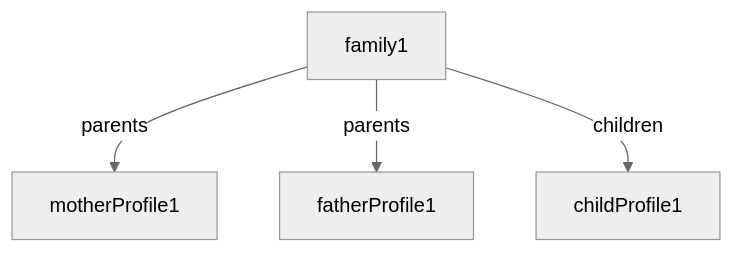
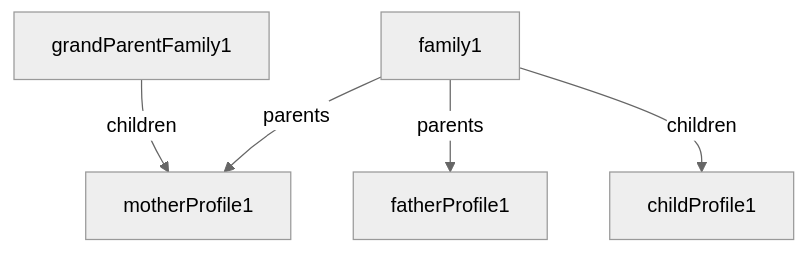
The first of 2 diagrams in README.md (Ekmansoft/family-tree-model), drawn with Mermaid (neutral theme) before and after one commit. The commit also changed other lines of this file, not shown here.

Commit message:
Add grandparent family

````diff
--- a/README.md
+++ b/README.md
@@ -55,6 +55,7 @@
 ``` mermaid
   graph TD;
       family1-->|parents|motherProfile1;
       family1-->|parents|fatherProfile1;
       family1-->|children|childProfile1;
+      grandParentFamily1-->|children|motherProfile1;
 ```
````
